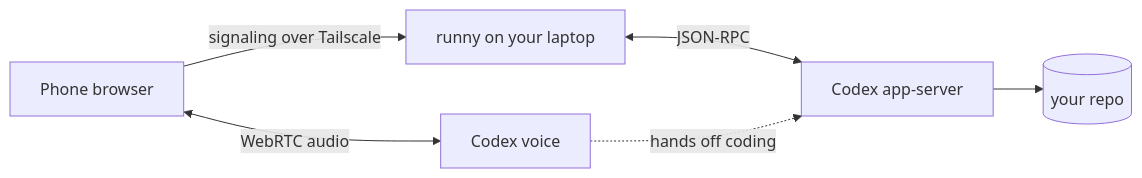
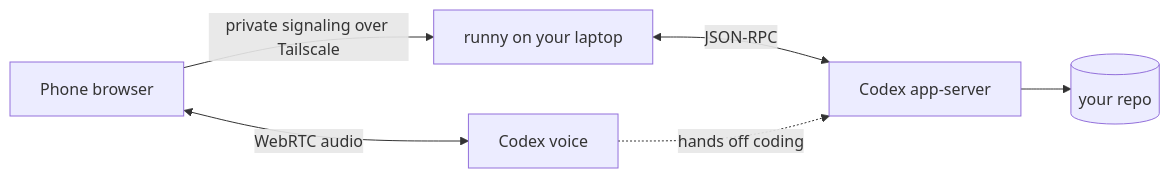
One commit to Jonksar/runny changed the diagram in README.md. Above: the diagram before and after it, drawn with Mermaid. The commit also changed other lines of this file and 5 other files, not shown here.

Commit message:
feat(phone): align interface with Runny artwork

````diff
--- a/README.md
+++ b/README.md
@@ -39,8 +39,8 @@
 ```mermaid
 flowchart LR
   phone["Phone browser"] <-- "WebRTC audio" --> voice["Codex voice"]
-  phone -- "signaling over Tailscale" --> runny["runny on your laptop"]
+  phone -- "private signaling over Tailscale" --> runny["runny on your laptop"]
   runny <-- "JSON-RPC" --> codex["Codex app-server"]
   voice -. "hands off coding" .-> codex
   codex --> repo[("your repo")]
 ```
````
